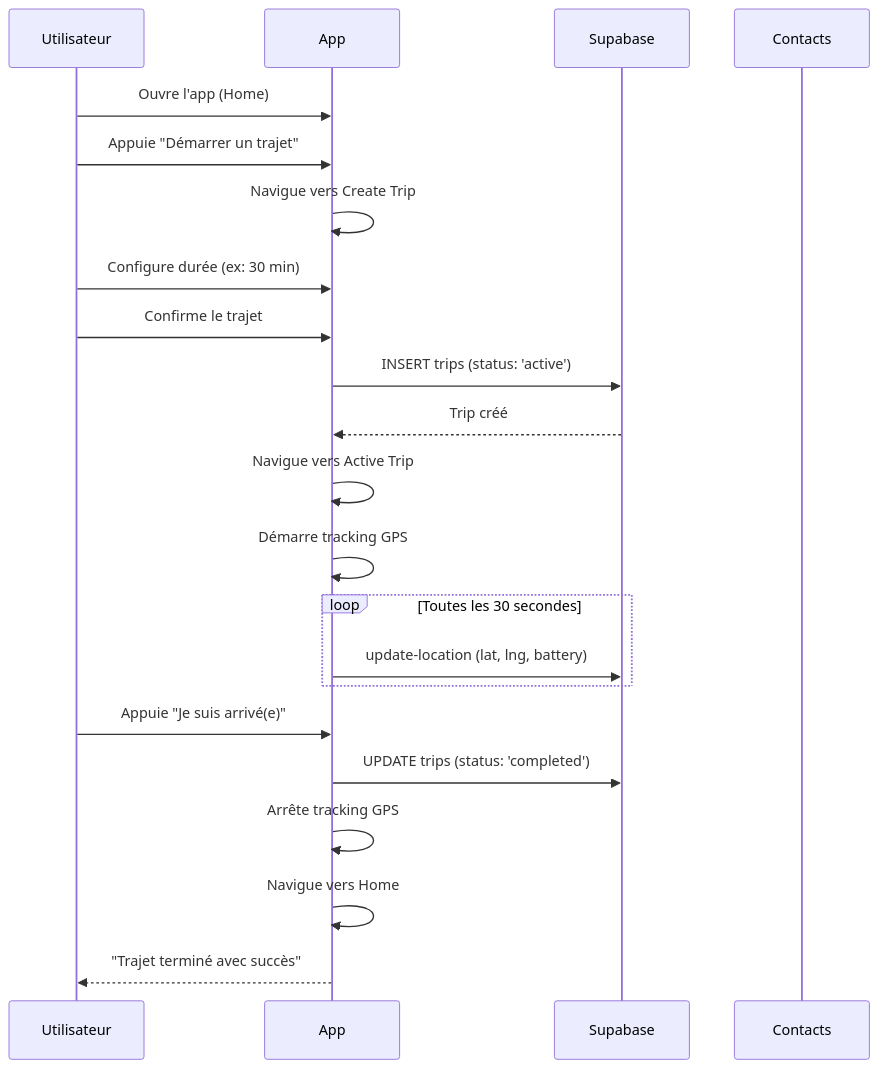
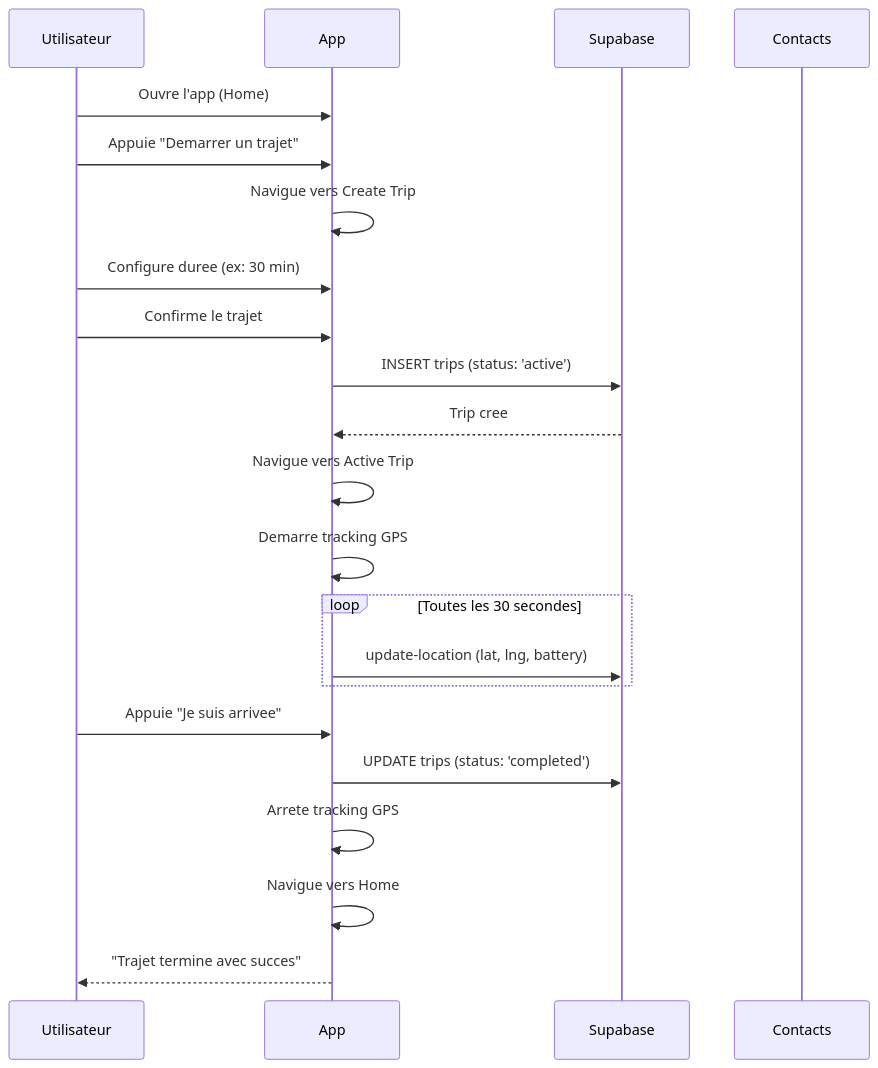
The first of 7 diagrams in docs/user-flows.md (monjodav/Prudency), drawn with Mermaid before and after one commit. The commit also changed other lines of this file and 55 other files, not shown here.

````diff
--- a/docs/user-flows.md
+++ b/docs/user-flows.md
@@ -11,27 +21,27 @@
 ```mermaid
 sequenceDiagram
     participant U as Utilisateur
     participant A as App
     participant S as Supabase
     participant C as Contacts
 
     U->>A: Ouvre l'app (Home)
-    U->>A: Appuie "Démarrer un trajet"
+    U->>A: Appuie "Demarrer un trajet"
     A->>A: Navigue vers Create Trip
-    U->>A: Configure durée (ex: 30 min)
+    U->>A: Configure duree (ex: 30 min)
     U->>A: Confirme le trajet
     A->>S: INSERT trips (status: 'active')
-    S-->>A: Trip créé
+    S-->>A: Trip cree
     A->>A: Navigue vers Active Trip
-    A->>A: Démarre tracking GPS
+    A->>A: Demarre tracking GPS
 
     loop Toutes les 30 secondes
         A->>S: update-location (lat, lng, battery)
     end
 
-    U->>A: Appuie "Je suis arrivé(e)"
+    U->>A: Appuie "Je suis arrivee"
     A->>S: UPDATE trips (status: 'completed')
-    A->>A: Arrête tracking GPS
+    A->>A: Arrete tracking GPS
     A->>A: Navigue vers Home
-    A-->>U: "Trajet terminé avec succès"
+    A-->>U: "Trajet termine avec succes"
 ```
````
